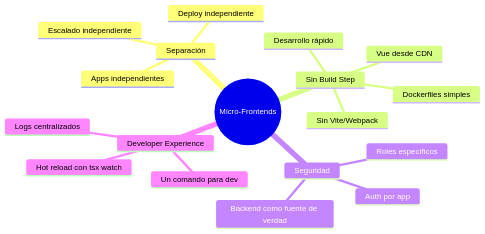
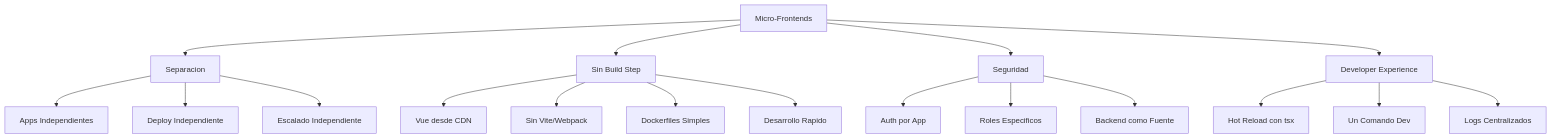
The third of 5 diagrams in docs/content/docs/architecture/micro-frontends.md (altrupets/monorepo), drawn with Mermaid before and after one commit. The commit also changed other lines of this file and 4 other files, not shown here.

First line of the commit message:
fix(docs): simplify Mermaid diagrams to resolve rendering errors

````diff
--- a/docs/content/docs/architecture/micro-frontends.md
+++ b/docs/content/docs/architecture/micro-frontends.md
@@ -108,21 +104,24 @@
 ```mermaid
-mindmap
-  root((Micro-Frontends))
-    Separación
-      Apps independientes
-      Deploy independiente
-      Escalado independiente
-    Sin Build Step
-      Vue desde CDN
-      Sin Vite/Webpack
-      Dockerfiles simples
-      Desarrollo rápido
-    Seguridad
-      Auth por app
-      Roles específicos
-      Backend como fuente de verdad
-    Developer Experience
-      Hot reload con tsx watch
-      Un comando para dev
-      Logs centralizados
+flowchart TB
+    root[Micro-Frontends] --> sep[Separacion]
+    root --> nobuild[Sin Build Step]
+    root --> security[Seguridad]
+    root --> dx[Developer Experience]
+
+    sep --> app1[Apps Independientes]
+    sep --> deploy1[Deploy Independiente]
+    sep --> scale[Escalado Independiente]
+
+    nobuild --> vue[Vue desde CDN]
+    nobuild --> novite[Sin Vite/Webpack]
+    nobuild --> simple[Dockerfiles Simples]
+    nobuild --> fast[Desarrollo Rapido]
+
+    security --> auth[Auth por App]
+    security --> roles[Roles Especificos]
+    security --> truth[Backend como Fuente]
+
+    dx --> hot[Hot Reload con tsx]
+    dx --> one[Un Comando Dev]
+    dx --> logs[Logs Centralizados]
 ```
````
